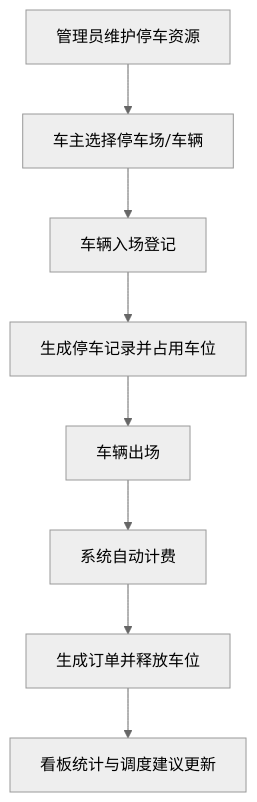
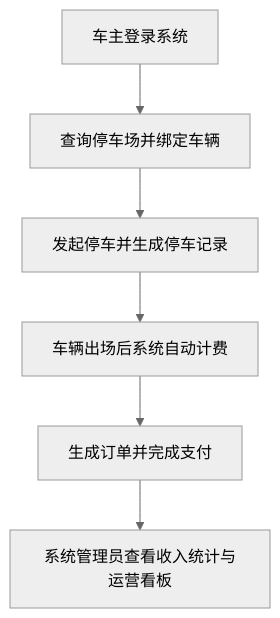
One commit to wiiiind/city-parking-resource-management-system changed the sixth of 7 diagrams in docs/技术文档.md. Above: the diagram before and after it, drawn with Mermaid (neutral theme). The commit also changed other lines of this file and 6 other files, not shown here.

````diff
--- a/docs/技术文档.md
+++ b/docs/技术文档.md
@@ -151,10 +151,8 @@
 ```mermaid
 flowchart TD
-    A["管理员维护停车资源"] --> B["车主选择停车场/车辆"]
-    B --> C["车辆入场登记"]
-    C --> D["生成停车记录并占用车位"]
-    D --> E["车辆出场"]
-    E --> F["系统自动计费"]
-    F --> G["生成订单并释放车位"]
-    G --> H["看板统计与调度建议更新"]
+    A["车主登录系统"] --> B["查询停车场并绑定车辆"]
+    B --> C["发起停车并生成停车记录"]
+    C --> D["车辆出场后系统自动计费"]
+    D --> E["生成订单并完成支付"]
+    E --> F["系统管理员查看收入统计与运营看板"]
 ```
````
